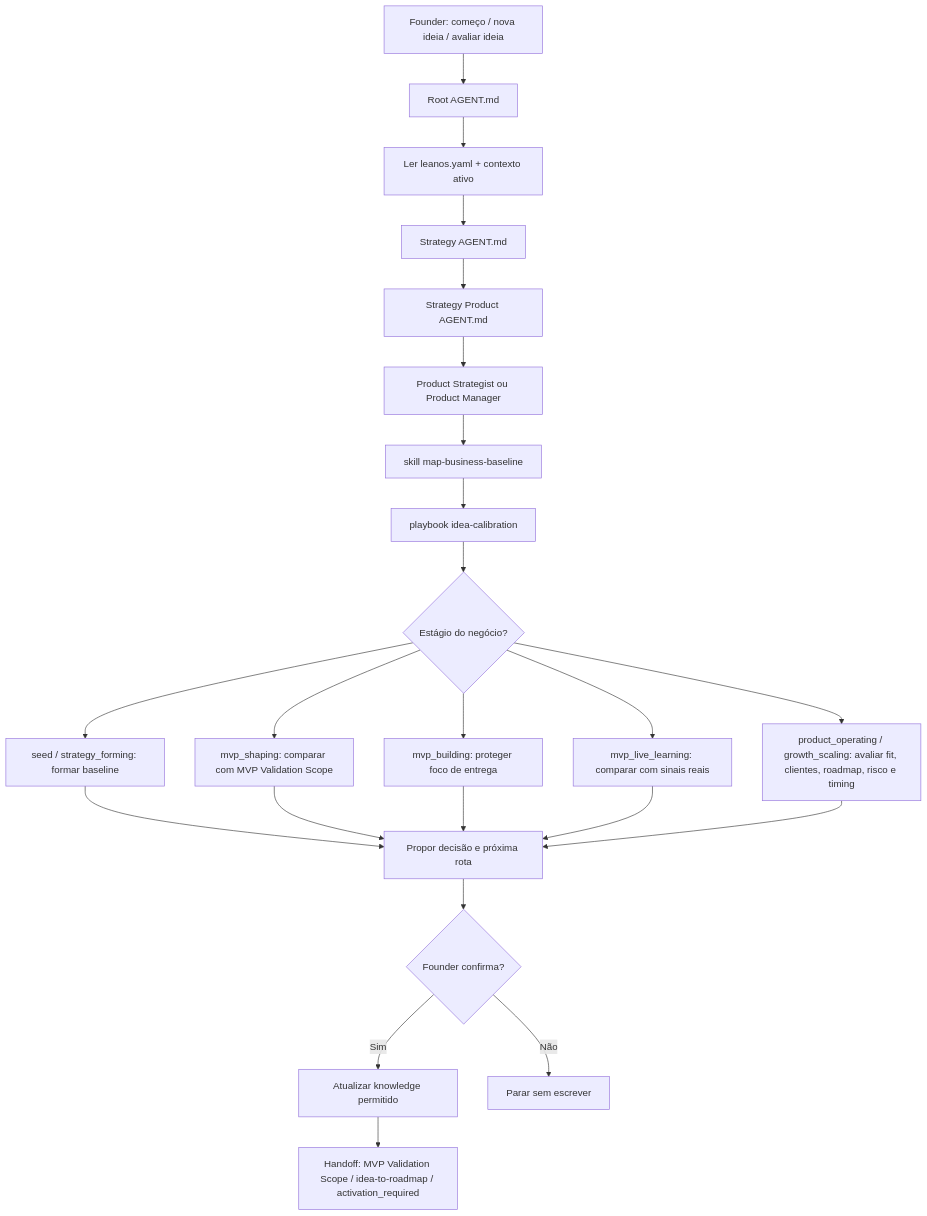
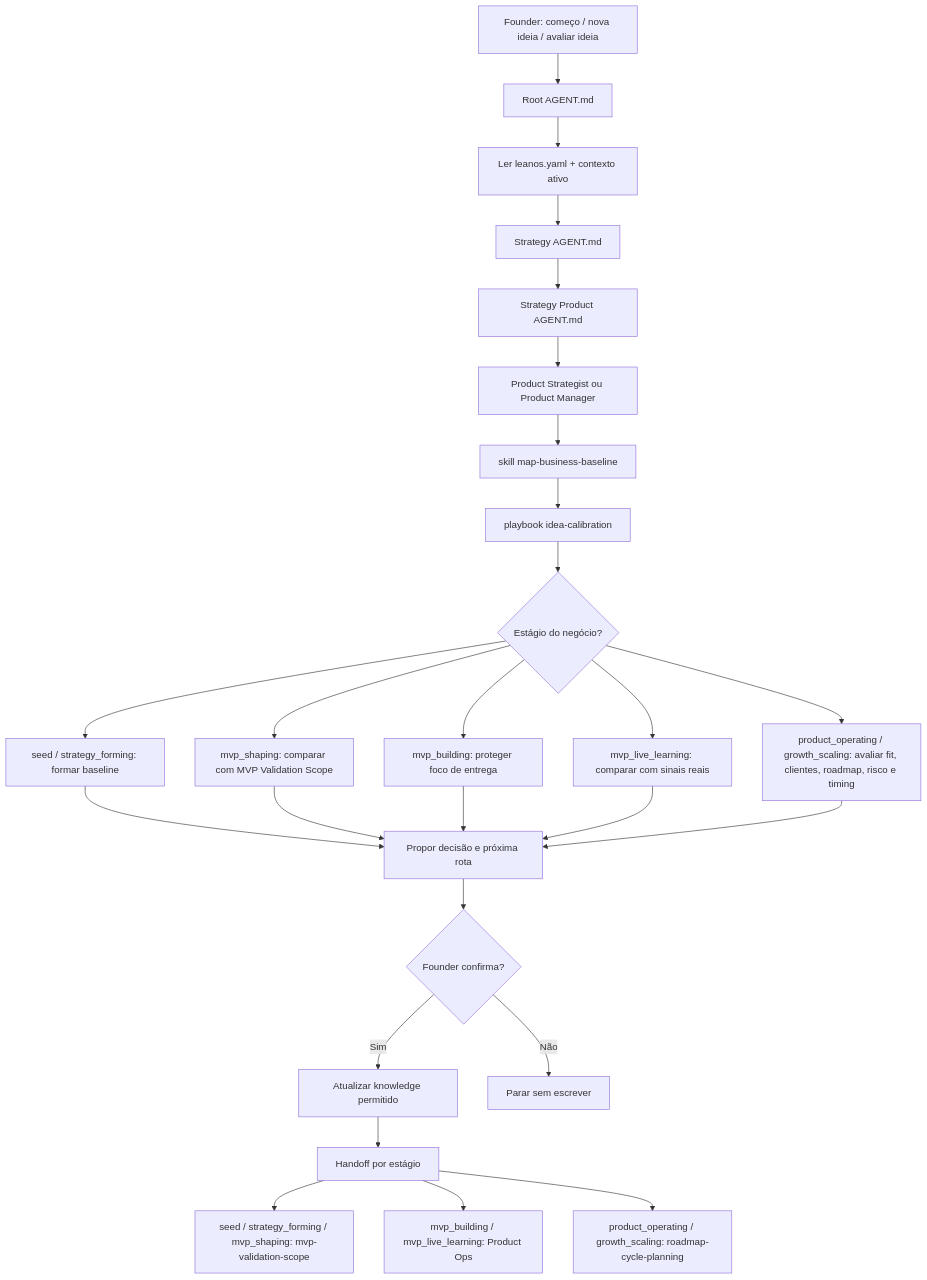
One commit to desousajhonny/leanOS changed the diagram in docs/framework/founder-journeys/idea-calibration.md. Above: the diagram before and after it, drawn with Mermaid. The commit also changed other lines of this file and 69 other files, not shown here.

````diff
--- a/docs/framework/founder-journeys/idea-calibration.md
+++ b/docs/framework/founder-journeys/idea-calibration.md
@@ -25,32 +25,38 @@
 ```mermaid
 flowchart TD
   A["Founder: começo / nova ideia / avaliar ideia"]
   B["Root AGENT.md"]
   C["Ler leanos.yaml + contexto ativo"]
   D["Strategy AGENT.md"]
   E["Strategy Product AGENT.md"]
   F["Product Strategist ou Product Manager"]
   G["skill map-business-baseline"]
   H["playbook idea-calibration"]
   I{"Estágio do negócio?"}
   J["seed / strategy_forming: formar baseline"]
   K["mvp_shaping: comparar com MVP Validation Scope"]
   L["mvp_building: proteger foco de entrega"]
   M["mvp_live_learning: comparar com sinais reais"]
   N["product_operating / growth_scaling: avaliar fit, clientes, roadmap, risco e timing"]
   O["Propor decisão e próxima rota"]
   P{"Founder confirma?"}
   Q["Atualizar knowledge permitido"]
-  R["Handoff: MVP Validation Scope / idea-to-roadmap / activation_required"]
+  R["Handoff por estágio"]
+  T["seed / strategy_forming / mvp_shaping: mvp-validation-scope"]
+  U["mvp_building / mvp_live_learning: Product Ops"]
+  V["product_operating / growth_scaling: roadmap-cycle-planning"]
   S["Parar sem escrever"]
 
   A --> B --> C --> D --> E --> F --> G --> H --> I
   I --> J --> O
   I --> K --> O
   I --> L --> O
   I --> M --> O
   I --> N --> O
   O --> P
   P -->|Sim| Q --> R
+  R --> T
+  R --> U
+  R --> V
   P -->|Não| S
 ```
````
